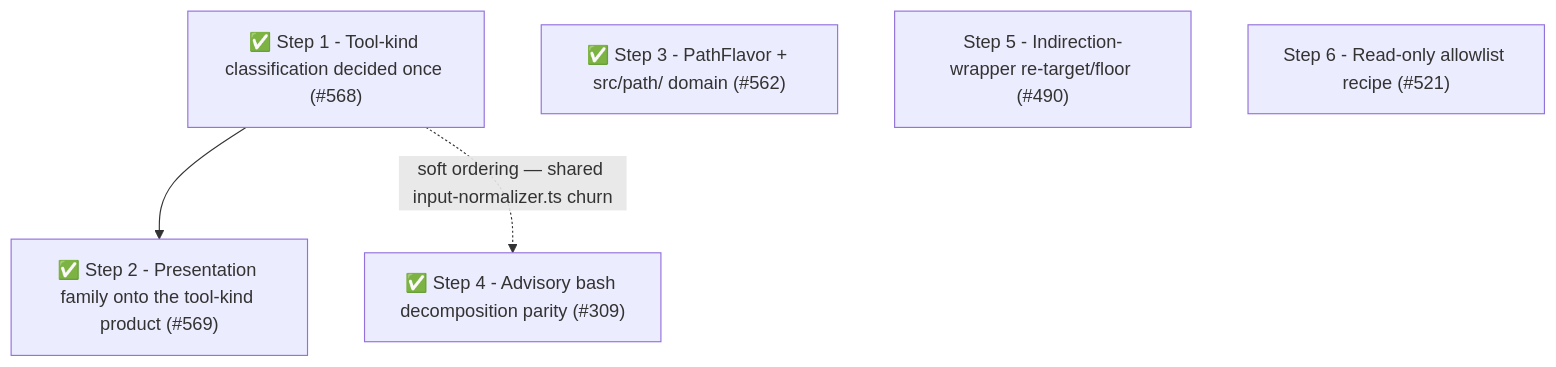
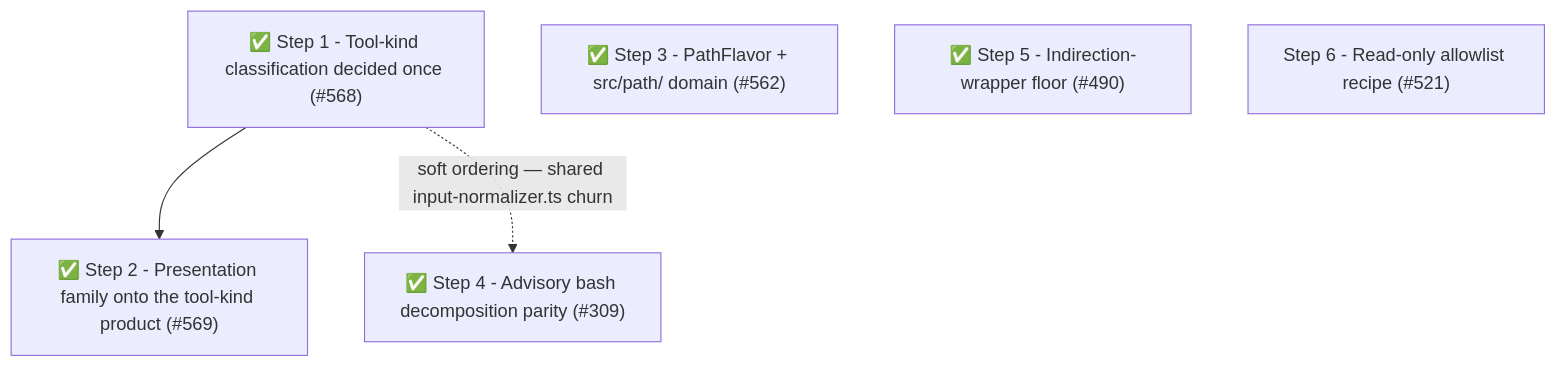
Before and after one commit to whaoa/forked-gotgenes-pi-packages: the fourth of 4 diagrams in packages/pi-permission-system/docs/architecture/architecture.md, drawn with Mermaid. The commit also changed other lines of this file and 4 other files, not shown here.

Commit message:
docs(pi-permission-system): document indirection-wrapper floor and mark roadmap step 5 (#490)

````diff
--- a/packages/pi-permission-system/docs/architecture/architecture.md
+++ b/packages/pi-permission-system/docs/architecture/architecture.md
@@ -977,8 +979,8 @@
 ```mermaid
 flowchart TD
     S1["✅ Step 1 - Tool-kind classification decided once (#568)"] --> S2["✅ Step 2 - Presentation family onto the tool-kind product (#569)"]
     S1 -.->|"soft ordering — shared input-normalizer.ts churn"| S4["✅ Step 4 - Advisory bash decomposition parity (#309)"]
     S3["✅ Step 3 - PathFlavor + src/path/ domain (#562)"]
-    S5["Step 5 - Indirection-wrapper re-target/floor (#490)"]
+    S5["✅ Step 5 - Indirection-wrapper floor (#490)"]
     S6["Step 6 - Read-only allowlist recipe (#521)"]
 ```
````
